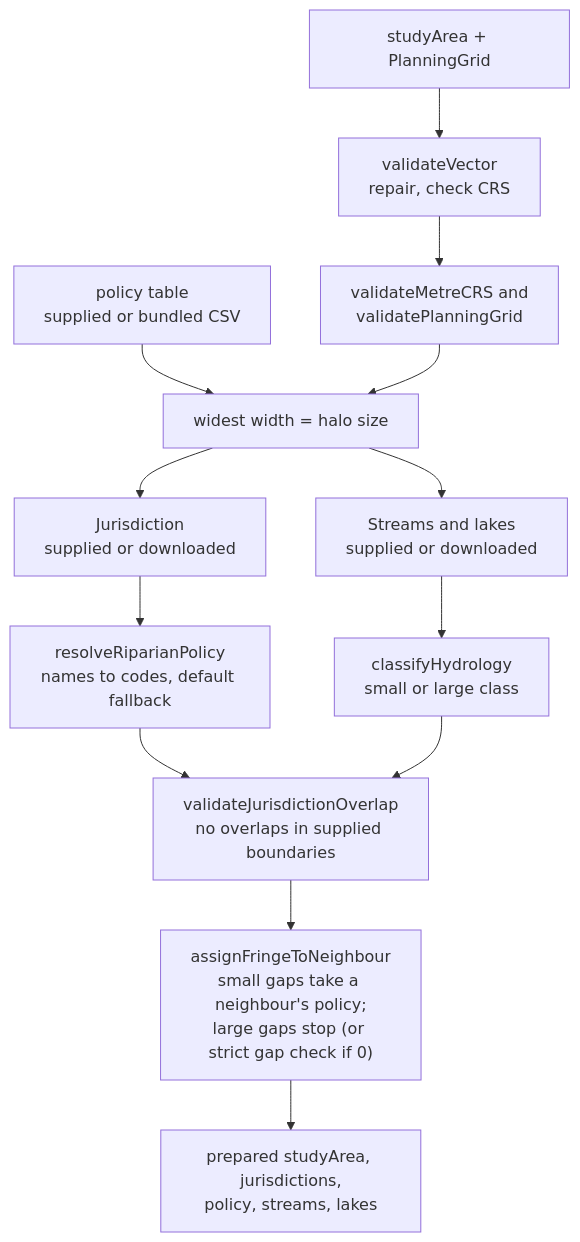
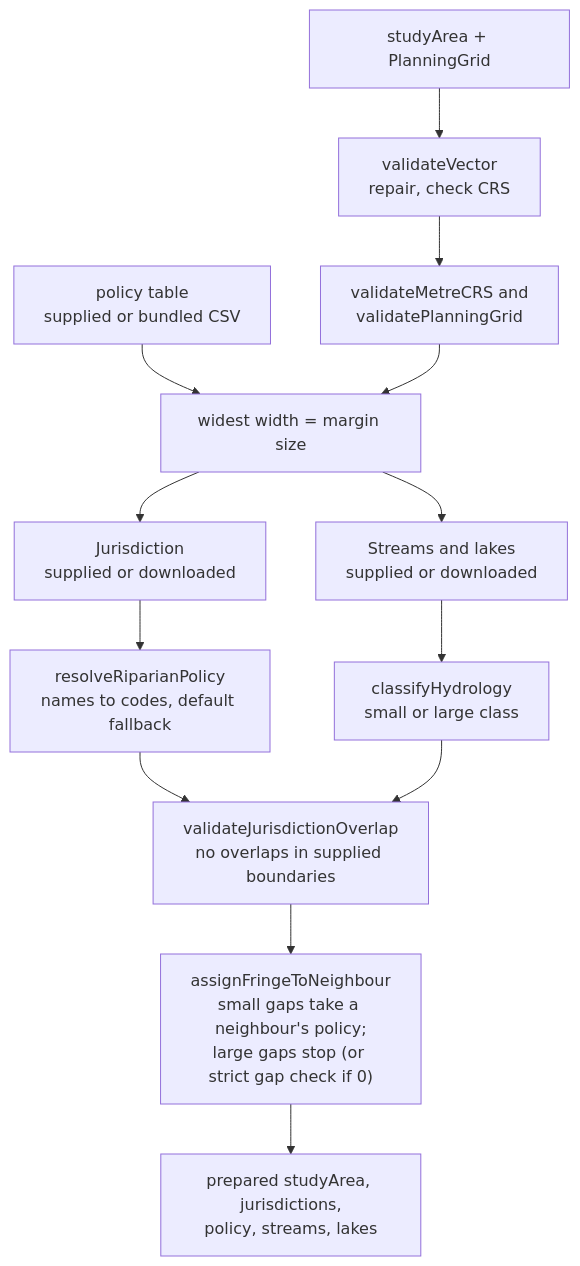
Before and after one commit to pedrogit/RiparianBuffers: the third of 5 diagrams in README.md, drawn with Mermaid. The commit also changed other lines of this file, not shown here.

````diff
--- a/README.md
+++ b/README.md
@@ -240,15 +241,15 @@
 ```mermaid
 flowchart TD
     S["studyArea + PlanningGrid"] --> V1["validateVector<br/>repair, check CRS"]
     V1 --> V2["validateMetreCRS and<br/>validatePlanningGrid"]
-    P["policy table<br/>supplied or bundled CSV"] --> W["widest width = halo size"]
+    P["policy table<br/>supplied or bundled CSV"] --> W["widest width = margin size"]
     V2 --> W
     W --> J["Jurisdiction<br/>supplied or downloaded"]
     W --> HS["Streams and lakes<br/>supplied or downloaded"]
     J --> R["resolveRiparianPolicy<br/>names to codes, default fallback"]
     HS --> C["classifyHydrology<br/>small or large class"]
     R --> K["validateJurisdictionOverlap<br/>no overlaps in supplied boundaries"]
     C --> K
     K --> F["assignFringeToNeighbour<br/>small gaps take a neighbour's policy;<br/>large gaps stop (or strict gap check if 0)"]
     F --> O["prepared studyArea, jurisdictions,<br/>policy, streams, lakes"]
 ```
````
